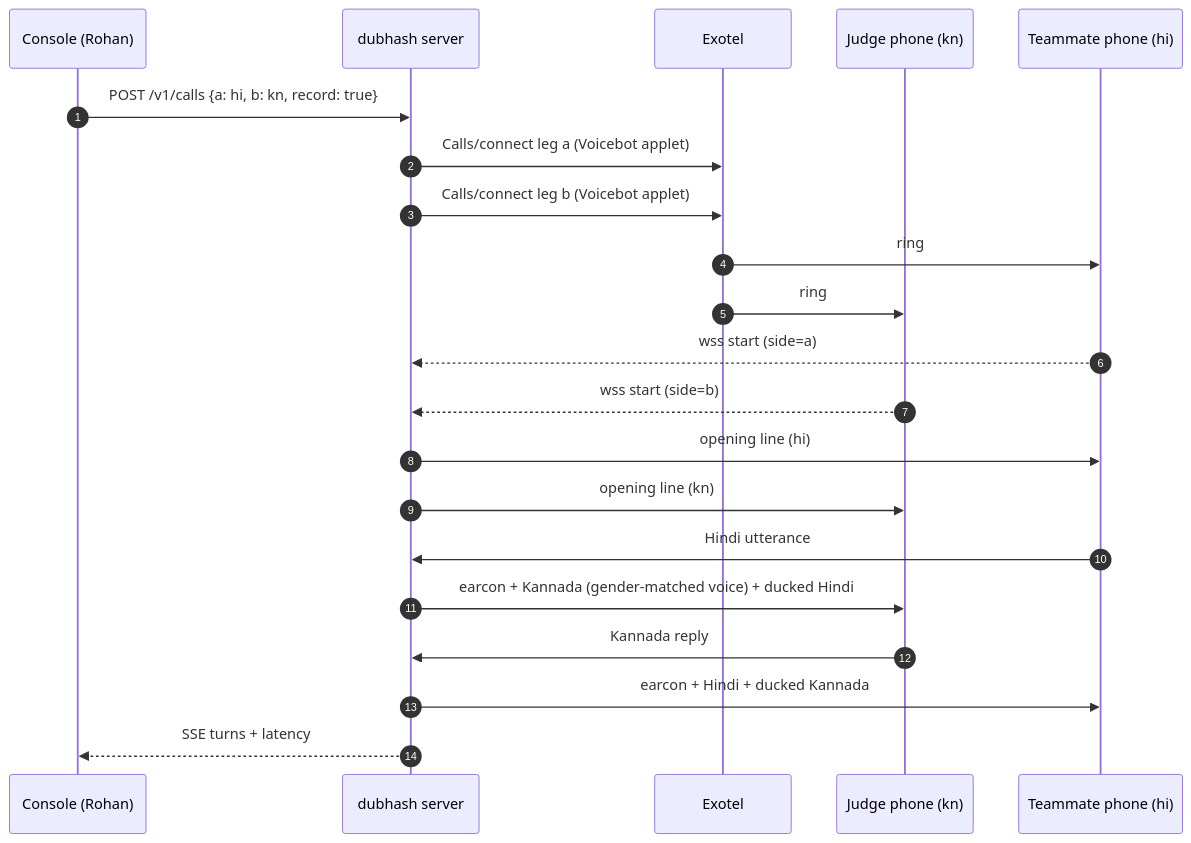
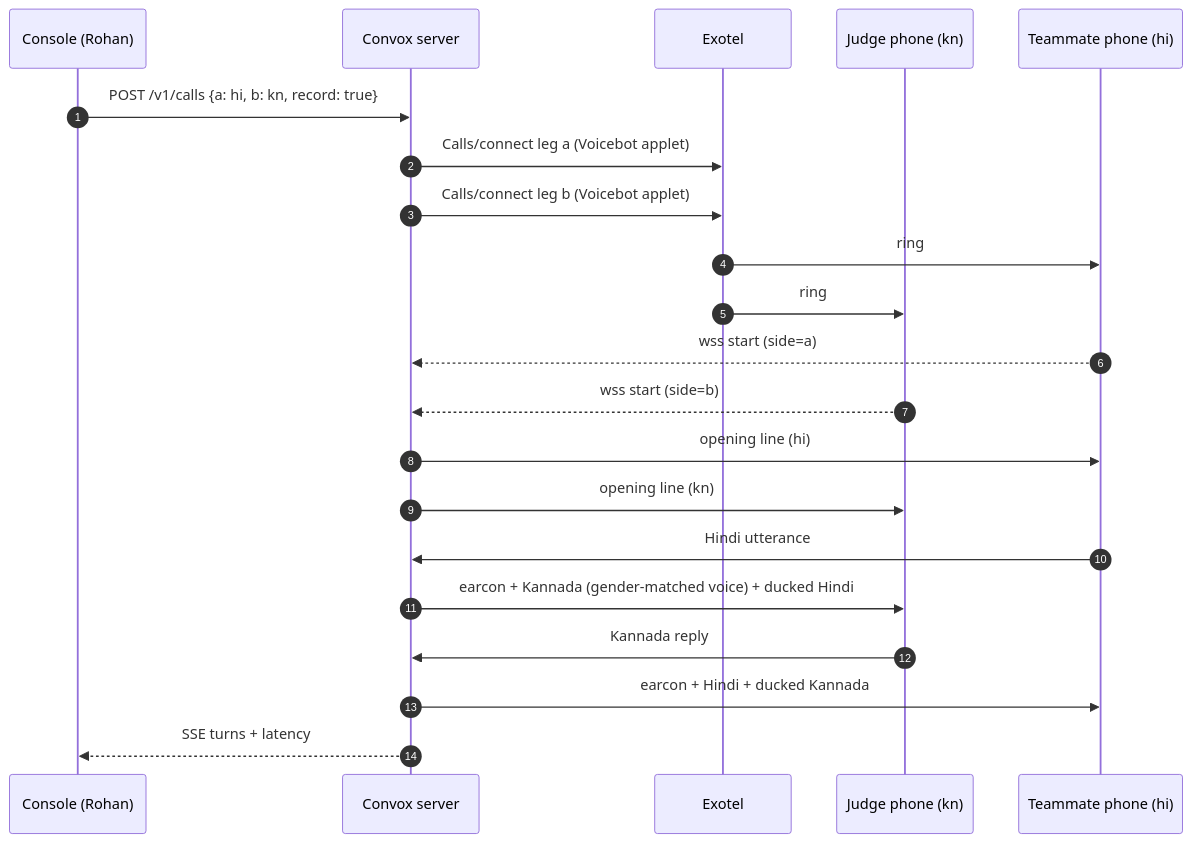
The diagram in docs/plan/demo-script.md (rohansx/convox), drawn with Mermaid before and after one commit. The commit also changed other lines of this file and 401 other files, not shown here.

````diff
--- a/docs/plan/demo-script.md
+++ b/docs/plan/demo-script.md
@@ -42,23 +42,23 @@
 ```mermaid
 sequenceDiagram
     autonumber
     participant C as Console (Rohan)
-    participant D as dubhash server
+    participant D as Convox server
     participant X as Exotel
     participant J as Judge phone (kn)
     participant T as Teammate phone (hi)
     C->>D: POST /v1/calls {a: hi, b: kn, record: true}
     D->>X: Calls/connect leg a (Voicebot applet)
     D->>X: Calls/connect leg b (Voicebot applet)
     X->>T: ring
     X->>J: ring
     T-->>D: wss start (side=a)
     J-->>D: wss start (side=b)
     D->>T: opening line (hi)
     D->>J: opening line (kn)
     T->>D: Hindi utterance
     D->>J: earcon + Kannada (gender-matched voice) + ducked Hindi
     J->>D: Kannada reply
     D->>T: earcon + Hindi + ducked Kannada
     D-->>C: SSE turns + latency
 ```
````
